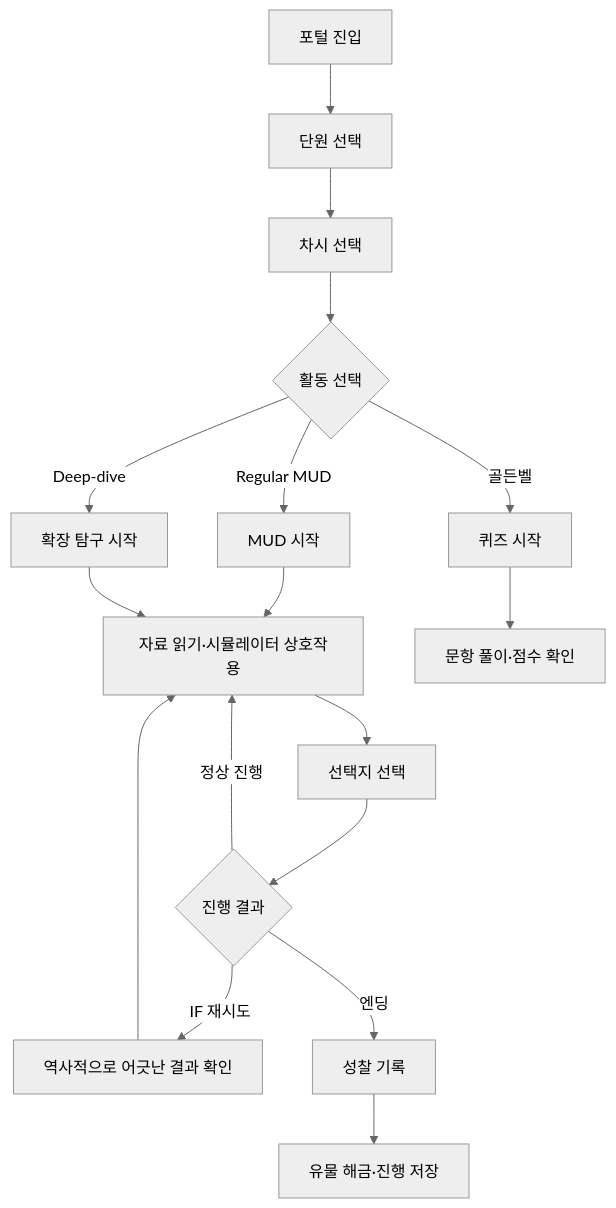
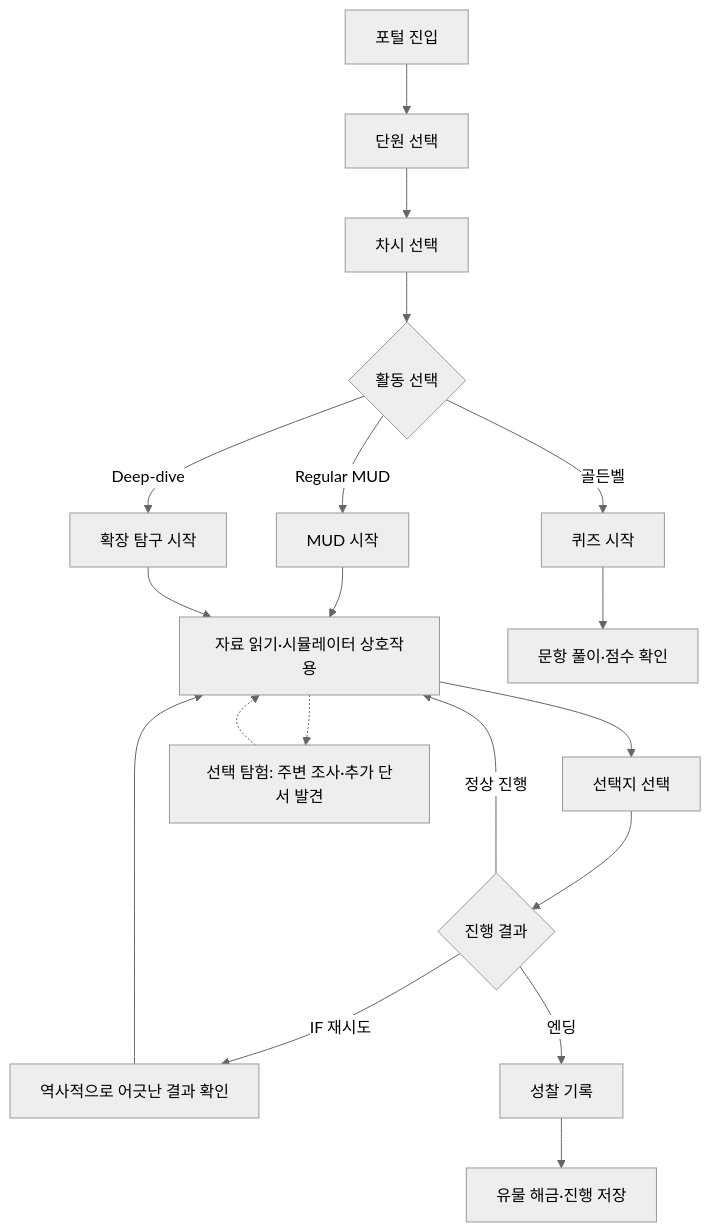
One commit to joonssem/history_game changed the first of 2 diagrams in USER_FLOWS.md. Above: the diagram before and after it, drawn with Mermaid (neutral theme). The commit also changed other lines of this file and 26 other files, not shown here.

````diff
--- a/USER_FLOWS.md
+++ b/USER_FLOWS.md
@@ -5,19 +5,21 @@
 ```mermaid
 flowchart TD
     A[포털 진입] --> B[단원 선택]
     B --> C[차시 선택]
     C --> D{활동 선택}
     D -->|Regular MUD| E[MUD 시작]
     D -->|Deep-dive| F[확장 탐구 시작]
     D -->|골든벨| G[퀴즈 시작]
     E --> H[자료 읽기·시뮬레이터 상호작용]
     F --> H
     H --> I[선택지 선택]
     I --> J{진행 결과}
     J -->|정상 진행| H
     J -->|IF 재시도| K[역사적으로 어긋난 결과 확인]
     K --> H
     J -->|엔딩| L[성찰 기록]
     L --> M[유물 해금·진행 저장]
+    H -.-> O[선택 탐험: 주변 조사·추가 단서 발견]
+    O -.-> H
     G --> N[문항 풀이·점수 확인]
 ```
````
